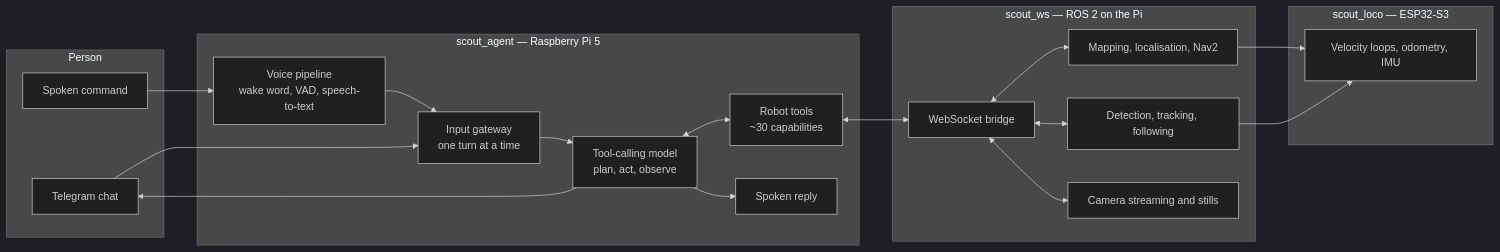
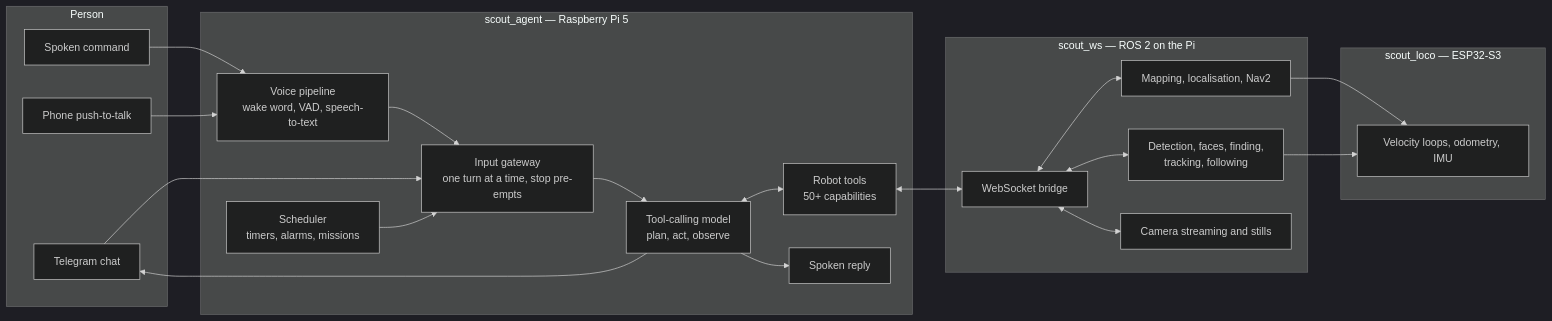
One commit to Xmindz/scout_docs changed the diagram in README.md. Above: the diagram before and after it, drawn with Mermaid (dark theme). The commit also changed other lines of this file and 16 other files, not shown here.

````diff
--- a/README.md
+++ b/README.md
@@ -123,39 +201,43 @@
 ```mermaid
 flowchart LR
     subgraph Person
         TG["Telegram chat"]
         SPEECH["Spoken command"]
+        PHONE["Phone push-to-talk"]
     end
 
     subgraph Agent["scout_agent — Raspberry Pi 5"]
         VOICE["Voice pipeline\nwake word, VAD, speech-to-text"]
-        GATE["Input gateway\none turn at a time"]
+        SCHED["Scheduler\ntimers, alarms, missions"]
+        GATE["Input gateway\none turn at a time, stop pre-empts"]
         LLM["Tool-calling model\nplan, act, observe"]
-        TOOLS["Robot tools\n~30 capabilities"]
+        TOOLS["Robot tools\n50+ capabilities"]
         TTS["Spoken reply"]
     end
 
     subgraph Platform["scout_ws — ROS 2 on the Pi"]
         BRIDGE["WebSocket bridge"]
         NAV["Mapping, localisation, Nav2"]
-        PERCEPT["Detection, tracking, following"]
+        PERCEPT["Detection, faces, finding,\ntracking, following"]
         CAM["Camera streaming and stills"]
     end
 
     subgraph Firmware["scout_loco — ESP32-S3"]
         DRIVE["Velocity loops, odometry, IMU"]
     end
 
     SPEECH --> VOICE --> GATE
+    PHONE --> VOICE
     TG --> GATE
+    SCHED --> GATE
     GATE --> LLM
     LLM <--> TOOLS
     TOOLS <--> BRIDGE
     BRIDGE <--> NAV
     BRIDGE <--> PERCEPT
     BRIDGE <--> CAM
     NAV --> DRIVE
     PERCEPT --> DRIVE
     LLM --> TTS
     LLM --> TG
 ```
````
